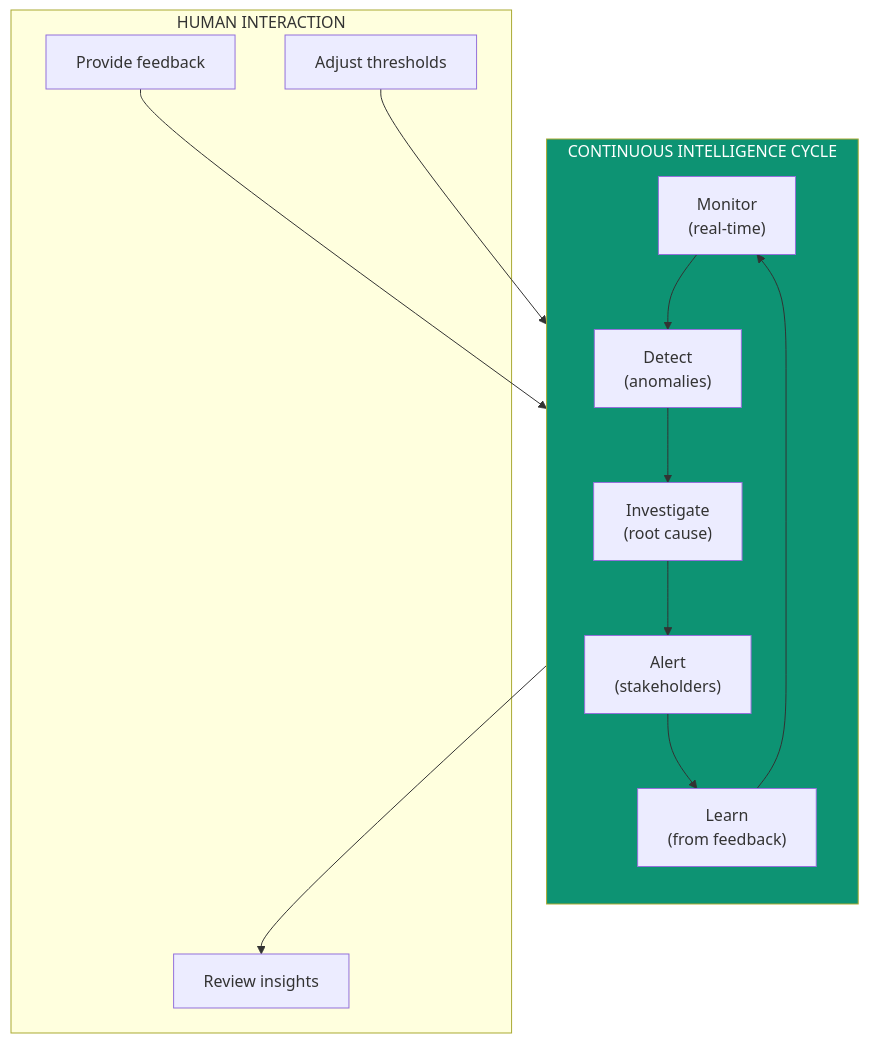
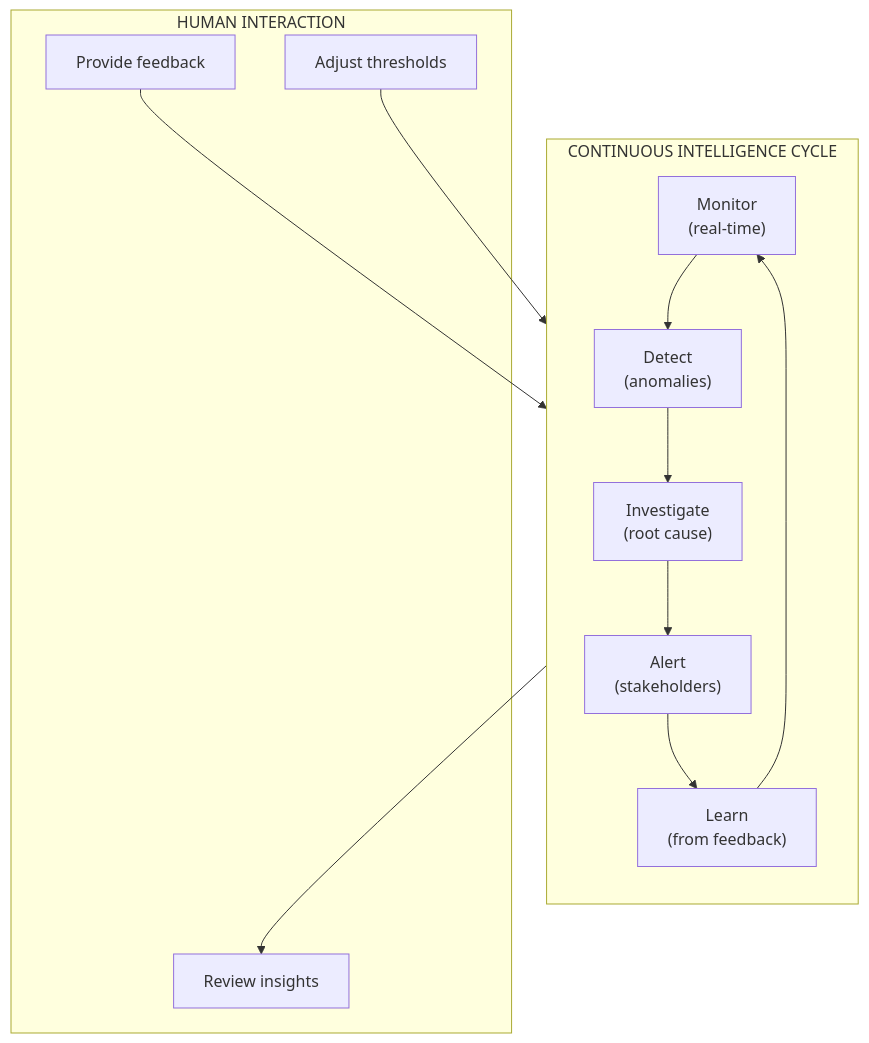
Before and after one commit to ashishsuperatom/tech-docs: the sixth of 7 diagrams in ip/automated-analyst.mdx, drawn with Mermaid. The commit also changed other lines of this file and 37 other files, not shown here.

First line of the commit message:
Clean up docs: remove em-dashes, fix mermaid diagrams, remove emojis

````diff
--- a/ip/automated-analyst.mdx
+++ b/ip/automated-analyst.mdx
@@ -253,25 +245,24 @@
 ```mermaid
 flowchart TB
     subgraph CYCLE["CONTINUOUS INTELLIGENCE CYCLE"]
         direction TB
         C1["Monitor<br>(real-time)"]
         C2["Detect<br>(anomalies)"]
         C3["Investigate<br>(root cause)"]
         C4["Alert<br>(stakeholders)"]
         C5["Learn<br>(from feedback)"]
     end
 
     C1 --> C2 --> C3 --> C4 --> C5 --> C1
 
     subgraph HUMANS["HUMAN INTERACTION"]
         H1["Review insights"]
         H2["Provide feedback"]
         H3["Adjust thresholds"]
     end
 
     C4 --> H1
     H2 --> C5
     H3 --> C1
 
-    style CYCLE fill:#0D9373,color:#fff
 ```
````
